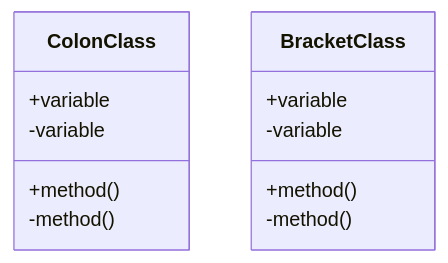
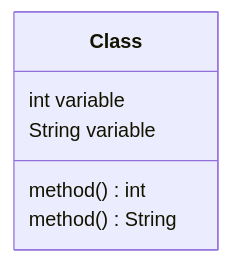
Before and after one commit to choesimin/choesimin.github.io: the sixth of 16 diagrams in _notes/language/markdown/mermaid/class-diagram.md, drawn with Mermaid. The commit also changed other lines of this file and 1 other file, not shown here.

````diff
--- a/_notes/language/markdown/mermaid/class-diagram.md
+++ b/_notes/language/markdown/mermaid/class-diagram.md
@@ -148,16 +200,10 @@
 ```mermaid
 classDiagram
 
-class ColonClass
-ColonClass : +variable
-ColonClass : -variable
-ColonClass : +method()
-ColonClass : -method()
-
-class BracketClass {
-    +variable
-    -variable
-    +method()
-    -method()
+class Class {
+    int variable
+    String variable
+    method() int
+    method() String
 }
 ```
````
